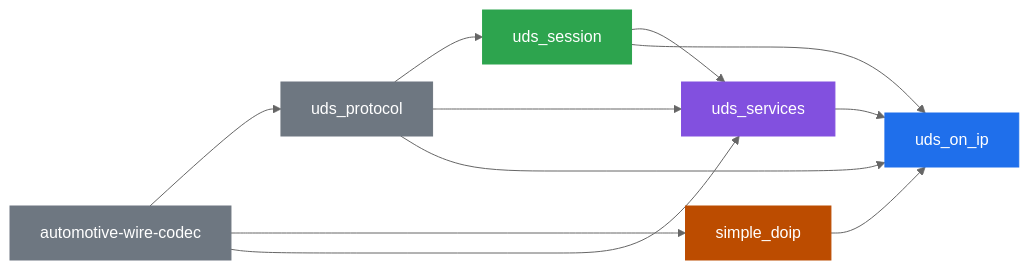
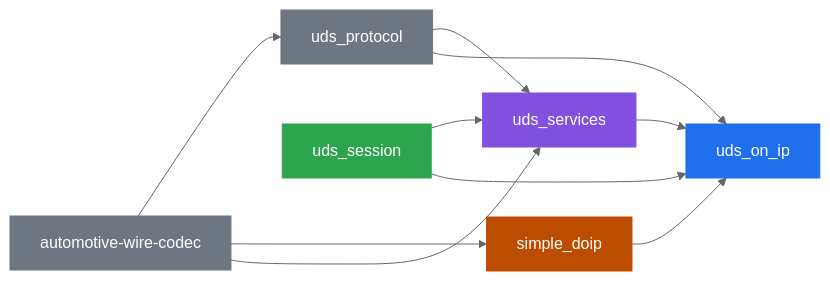
Before and after one commit to luminartech/uds_stack: the third of 4 diagrams in crates/uds_on_ip/ARCHITECTURE.md, drawn with Mermaid (neutral theme). The commit also changed other lines of this file, not shown here.

First line of the commit message:
docs(uds_on_ip): cut ARCHITECTURE.md down to what checks out today

````diff
--- a/crates/uds_on_ip/ARCHITECTURE.md
+++ b/crates/uds_on_ip/ARCHITECTURE.md
@@ -580,31 +555,30 @@
 ```mermaid
 flowchart LR
     AWC["automotive-wire-codec"]
     UP["uds_protocol"]
     SD["simple_doip"]
     US["uds_session"]
     USVC["uds_services"]
     UOI["uds_on_ip"]
 
     AWC --> UP
     AWC --> SD
     AWC --> USVC
-    UP --> US
     UP --> USVC
     UP --> UOI
     US --> USVC
     US --> UOI
     SD --> UOI
     USVC --> UOI
 
     classDef onip fill:#1f6feb,color:#ffffff,stroke:#1f6feb
     classDef sess fill:#2da44e,color:#ffffff,stroke:#2da44e
     classDef doip fill:#bc4c00,color:#ffffff,stroke:#bc4c00
     classDef svc fill:#8250df,color:#ffffff,stroke:#8250df
     classDef plain fill:#6e7781,color:#ffffff,stroke:#6e7781
     class UOI onip
     class US sess
     class SD doip
     class USVC svc
     class AWC,UP plain
 ```
````
